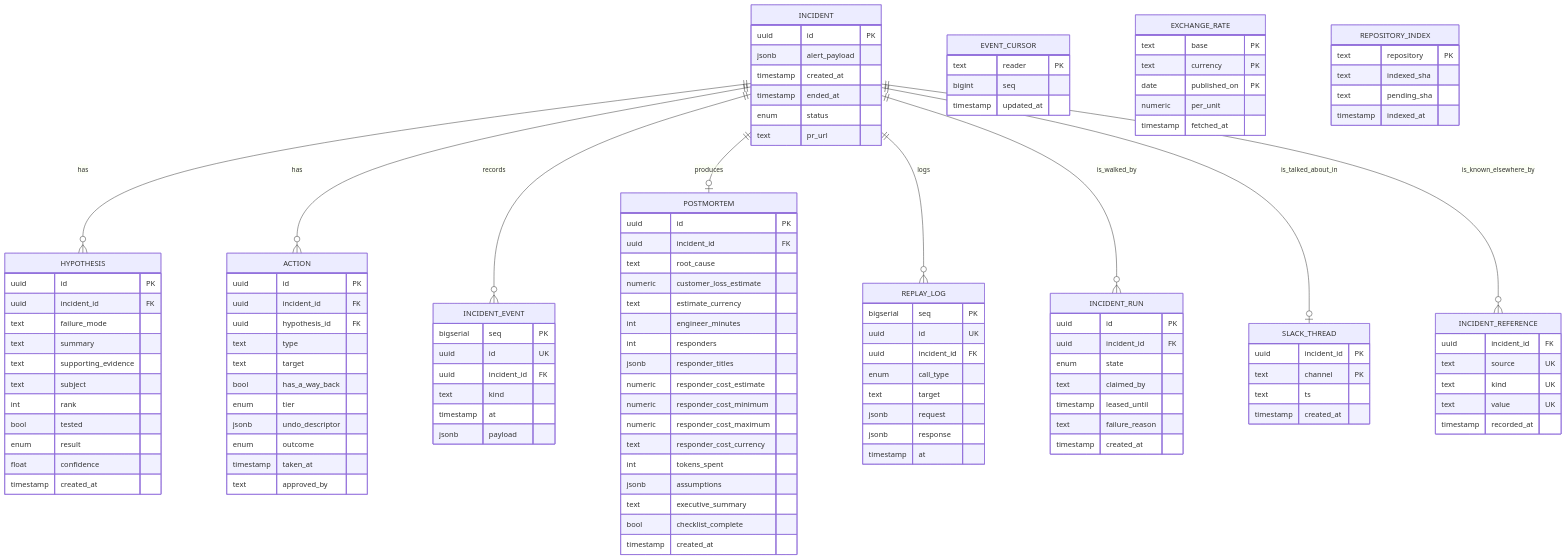
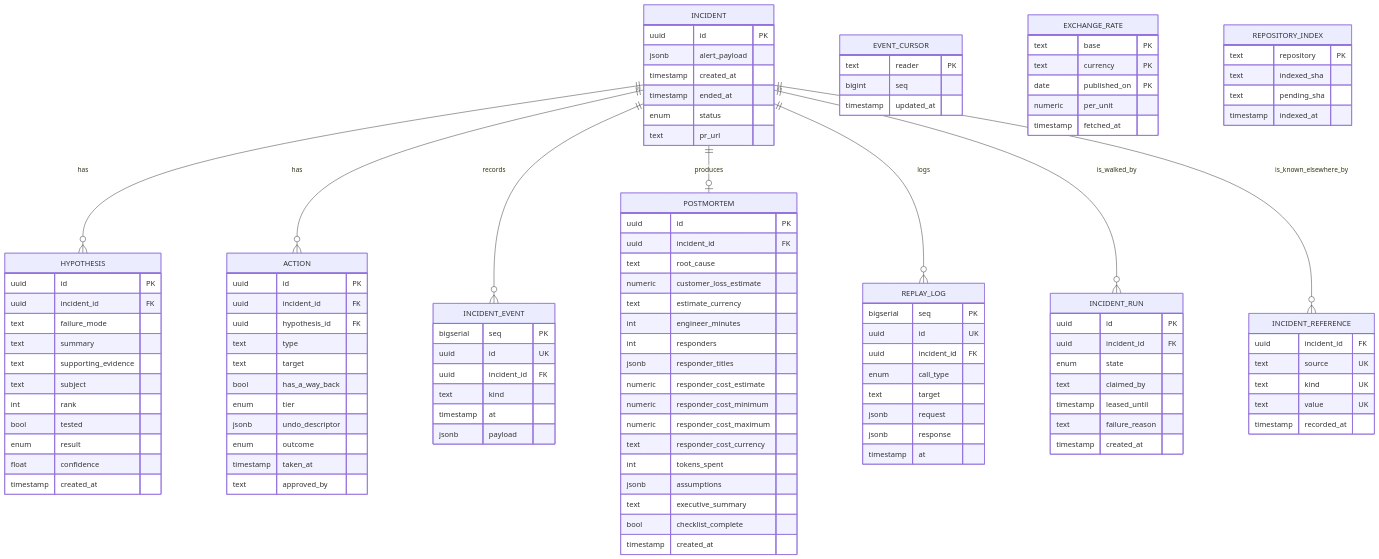
One commit to ohadraz/Argus changed the fourth of 6 diagrams in docs/spec-and-architecture.md. Above: the diagram before and after it, drawn with Mermaid. The commit also changed other lines of this file and 117 other files, not shown here.

Commit message:
An incident can be resolved from its Slack thread

```diff
--- a/docs/spec-and-architecture.md
+++ b/docs/spec-and-architecture.md
@@ -408,7 +426,6 @@
     INCIDENT ||--o| POSTMORTEM : produces
     INCIDENT ||--o{ REPLAY_LOG : logs
     INCIDENT ||--o{ INCIDENT_RUN : is_walked_by
-    INCIDENT ||--o| SLACK_THREAD : is_talked_about_in
     INCIDENT ||--o{ INCIDENT_REFERENCE : is_known_elsewhere_by
 
     INCIDENT {
@@ -469,12 +486,6 @@
         text value UK
         timestamp recorded_at
     }
-    SLACK_THREAD {
-        uuid incident_id PK
-        text channel PK
-        text ts
-        timestamp created_at
-    }
     EVENT_CURSOR {
         text reader PK
         bigint seq
```
